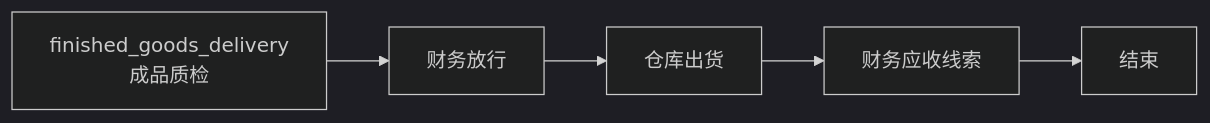
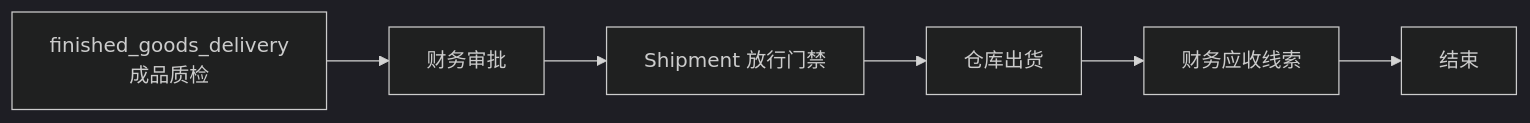
Diagram 17 of 17 in docs/customers/yoyoosun/角色能力与流程矩阵.md (saurick/plush-toy-erp), drawn with Mermaid (dark theme) before and after one commit. The commit also changed other lines of this file and 89 other files, not shown here.

````diff
--- a/docs/customers/yoyoosun/角色能力与流程矩阵.md
+++ b/docs/customers/yoyoosun/角色能力与流程矩阵.md
@@ -824,4 +824,4 @@
 ```mermaid
 flowchart LR
-  d1["finished_goods_delivery<br/>成品质检"] --> d2["财务放行"] --> d3["仓库出货"] --> d4["财务应收线索"] --> d5["结束"]
+  d1["finished_goods_delivery<br/>成品质检"] --> d2["财务审批"] --> d3["Shipment 放行门禁"] --> d4["仓库出货"] --> d5["财务应收线索"] --> d6["结束"]
 ```
````
